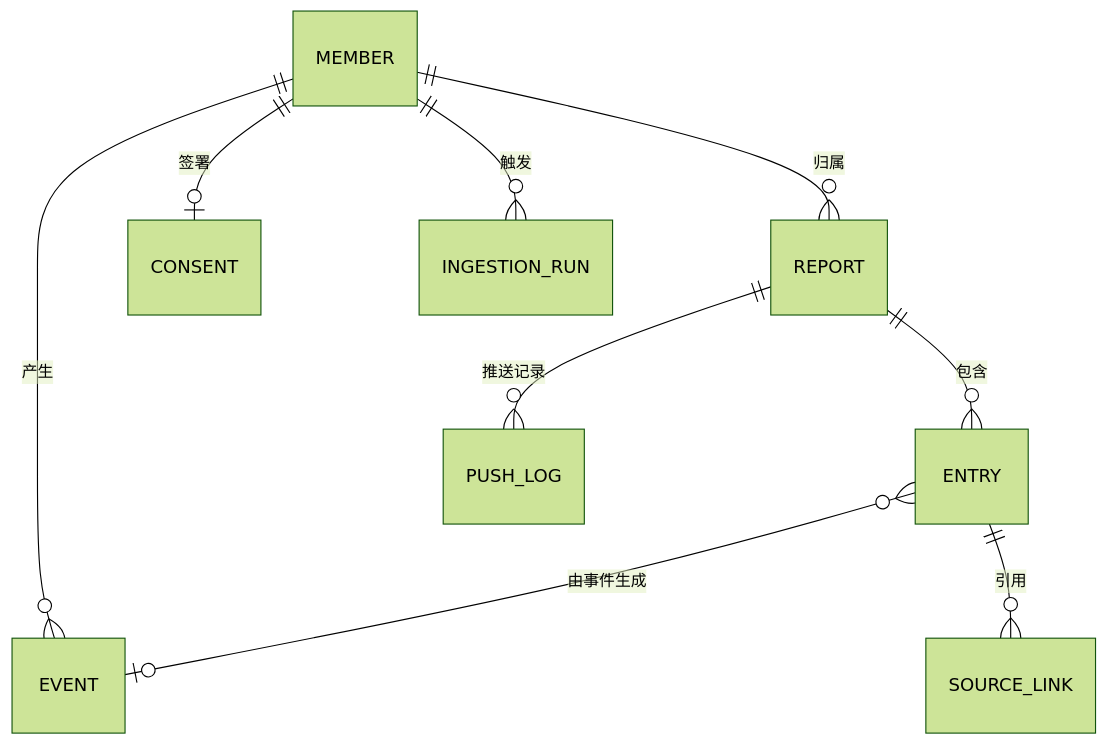
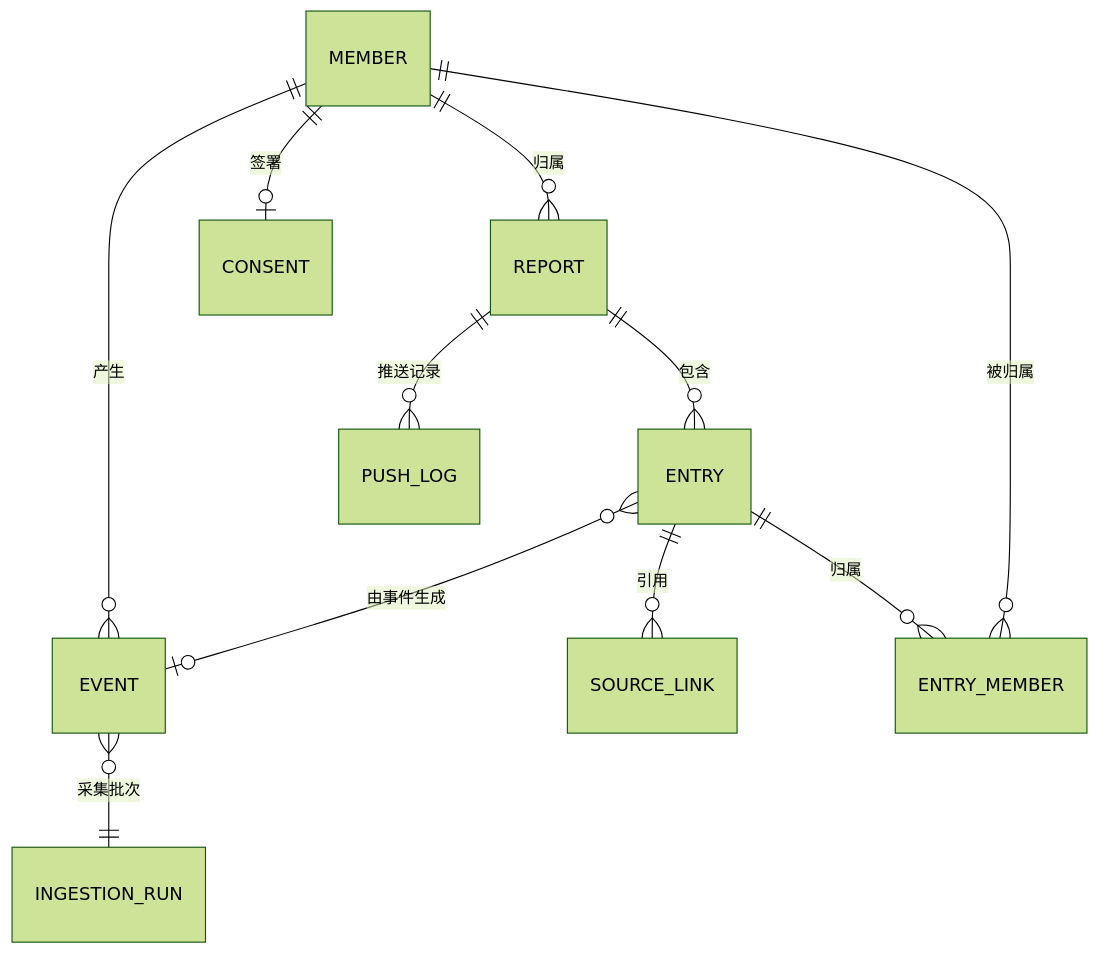
One commit to tanyaoting/SDDAndAIProgramming changed the second of 2 diagrams in specs/design.md. Above: the diagram before and after it, drawn with Mermaid (forest theme). The commit also changed other lines of this file and 3 other files, not shown here.

````diff
--- a/specs/design.md
+++ b/specs/design.md
@@ -121,11 +128,13 @@
 ```mermaid
 erDiagram
     MEMBER ||--o{ EVENT : "产生"
     MEMBER ||--o{ REPORT : "归属"
     REPORT ||--o{ ENTRY : "包含"
     ENTRY ||--o{ SOURCE_LINK : "引用"
+    ENTRY ||--o{ ENTRY_MEMBER : "归属"
+    MEMBER ||--o{ ENTRY_MEMBER : "被归属"
     ENTRY }o--o| EVENT : "由事件生成"
     MEMBER ||--o| CONSENT : "签署"
-    MEMBER ||--o{ INGESTION_RUN : "触发"
+    EVENT }o--|| INGESTION_RUN : "采集批次"
     REPORT ||--o{ PUSH_LOG : "推送记录"
 ```
````
